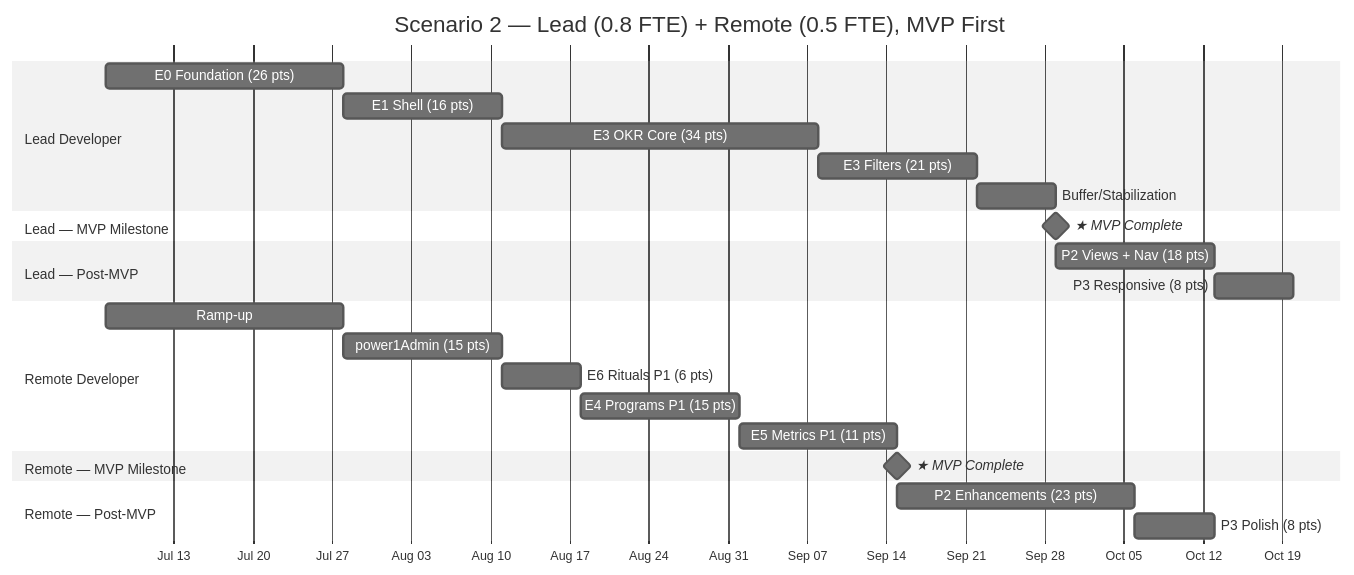
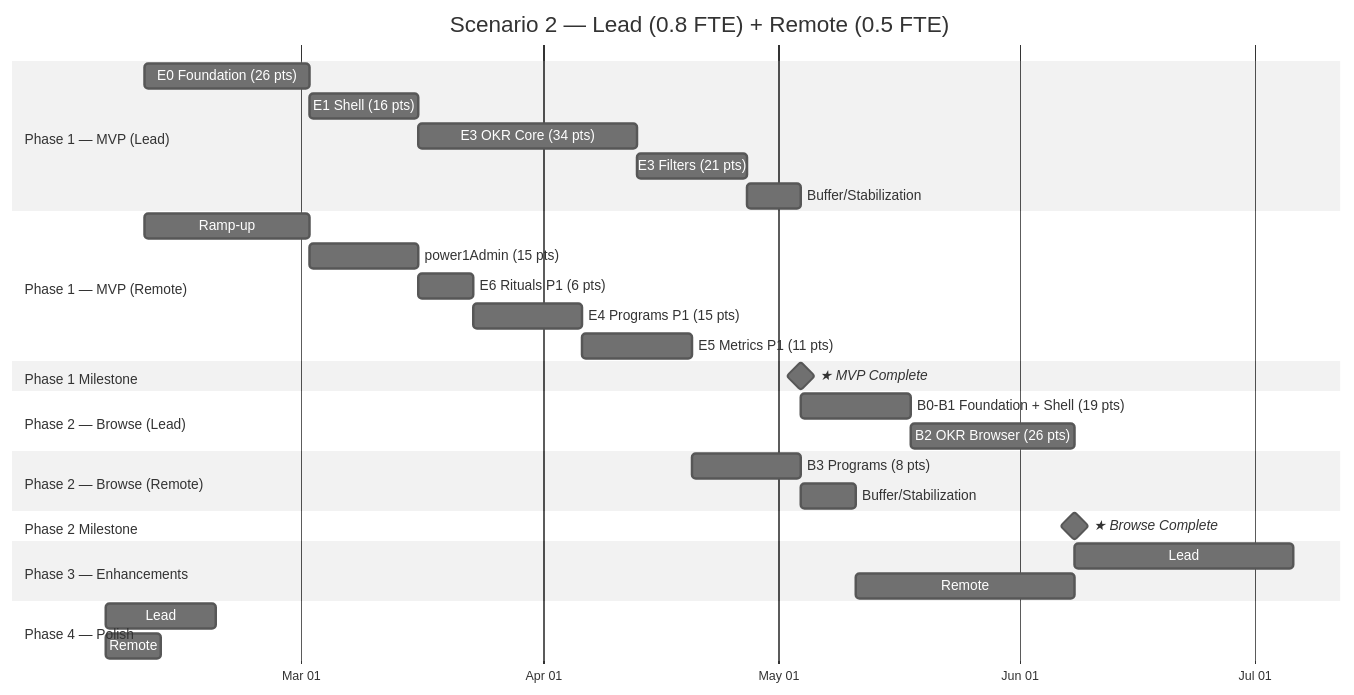
One commit to mlohr/powerOne changed the second of 2 diagrams in product/backlog/planning.md. Above: the diagram before and after it, drawn with Mermaid (neutral theme). The commit also changed other lines of this file and 1 other file, not shown here.

First line of the commit message:
Update planning: Phase 2 for power1Browse, start date Feb 9, user counts, EUR

````diff
--- a/product/backlog/planning.md
+++ b/product/backlog/planning.md
@@ -231,34 +275,42 @@
 ```mermaid
 gantt
-    title Scenario 2 — Lead (0.8 FTE) + Remote (0.5 FTE), MVP First
+    title Scenario 2 — Lead (0.8 FTE) + Remote (0.5 FTE)
     dateFormat YYYY-MM-DD
     axisFormat %b %d
 
-    section Lead Developer
-    E0 Foundation (26 pts)        :a1, 2025-07-07, 21d
+    section Phase 1 — MVP (Lead)
+    E0 Foundation (26 pts)        :a1, 2026-02-09, 21d
     E1 Shell (16 pts)             :a2, after a1, 14d
     E3 OKR Core (34 pts)          :a3, after a2, 28d
     E3 Filters (21 pts)           :a4, after a3, 14d
     Buffer/Stabilization          :a5, after a4, 7d
 
-    section Lead — MVP Milestone
-    ★ MVP Complete                :milestone, after a5, 0d
-
-    section Lead — Post-MVP
-    P2 Views + Nav (18 pts)       :a6, after a5, 14d
-    P3 Responsive (8 pts)         :a7, after a6, 7d
-
-    section Remote Developer
-    Ramp-up                       :b1, 2025-07-07, 21d
+    section Phase 1 — MVP (Remote)
+    Ramp-up                       :b1, 2026-02-09, 21d
     power1Admin (15 pts)          :b2, after b1, 14d
     E6 Rituals P1 (6 pts)         :b3, after b2, 7d
     E4 Programs P1 (15 pts)       :b4, after b3, 14d
     E5 Metrics P1 (11 pts)        :b5, after b4, 14d
 
-    section Remote — MVP Milestone
-    ★ MVP Complete                :milestone, after b5, 0d
+    section Phase 1 Milestone
+    ★ MVP Complete                :milestone, after a5, 0d
 
-    section Remote — Post-MVP
-    P2 Enhancements (23 pts)      :b6, after b5, 21d
-    P3 Polish (8 pts)             :b7, after b6, 7d
+    section Phase 2 — Browse (Lead)
+    B0-B1 Foundation + Shell (19 pts) :a6, after a5, 14d
+    B2 OKR Browser (26 pts)       :a7, after a6, 21d
+
+    section Phase 2 — Browse (Remote)
+    B3 Programs (8 pts)           :b6, after b5, 14d
+    Buffer/Stabilization          :b7, after b6, 7d
+
+    section Phase 2 Milestone
+    ★ Browse Complete             :milestone, after a7, 0d
+
+    section Phase 3 — Enhancements
+    Lead: powerOne P2 (41 pts)    :a8, after a7, 28d
+    Remote: Browse P2 (26 pts)    :b8, after b7, 28d
+
+    section Phase 4 — Polish
+    Lead: powerOne P3 (16 pts)    :a9, after a8, 14d
+    Remote: Browse P3 (4 pts)     :b9, after b8, 7d
 ```
````
